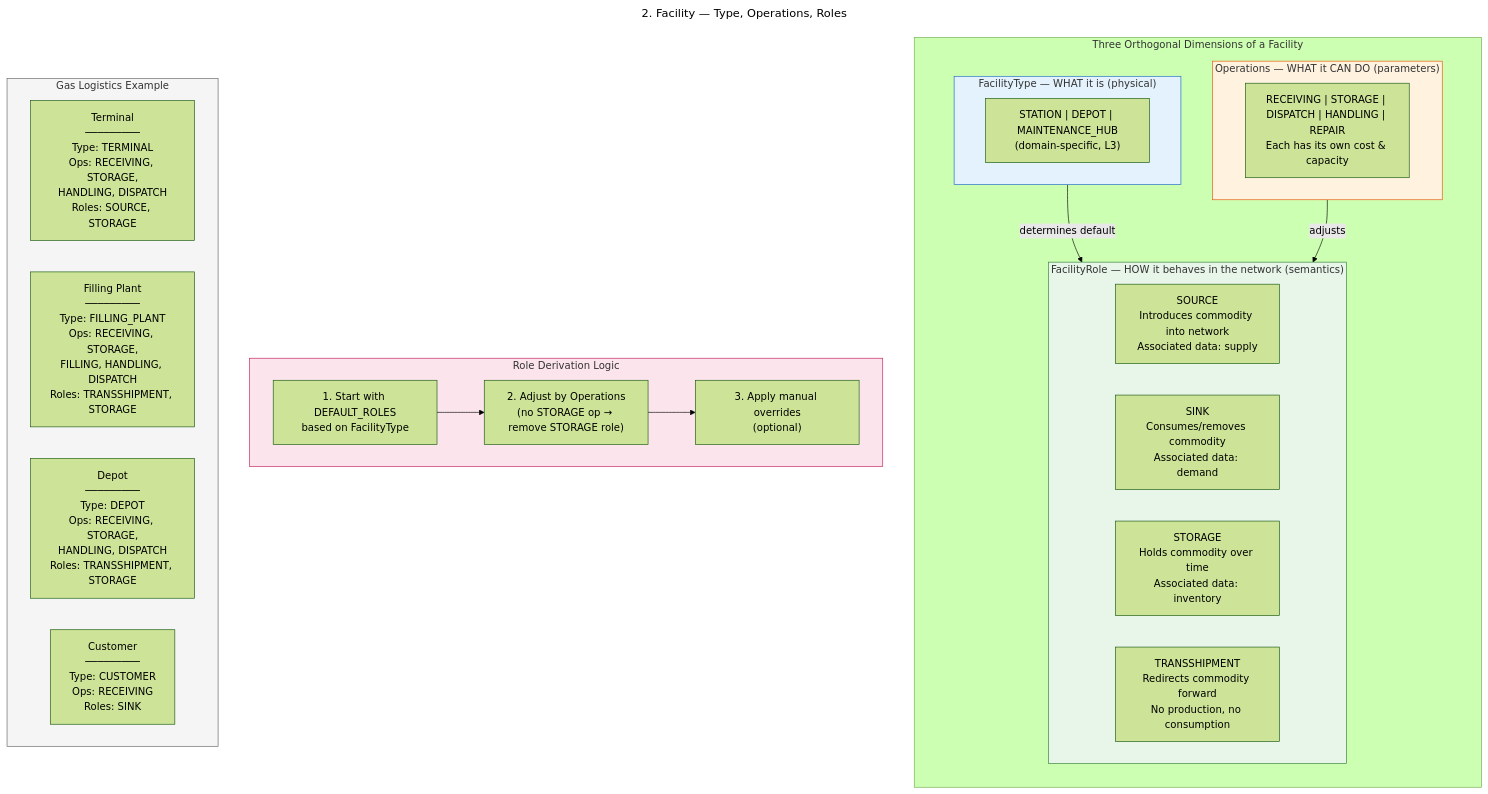
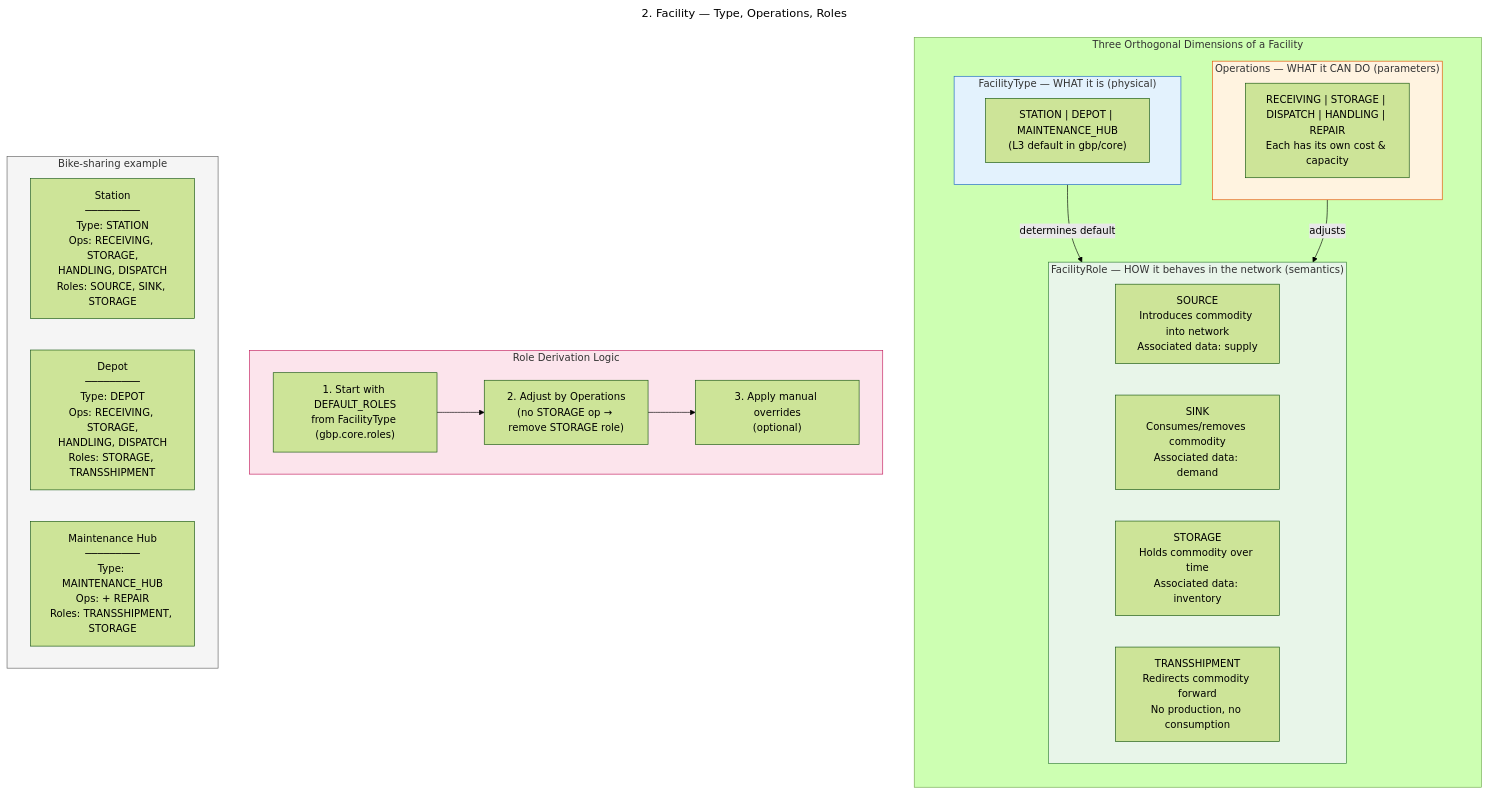
The diagram in docs/diagrams/02_facility_roles.mermaid (vlzm/GFDRR), drawn with Mermaid (forest theme) before and after one commit. The commit also changed 8 other files, not shown here.

First line of the commit message:
feat(docs): update architecture and data model documentation for bike-sharing

```diff
--- a/docs/diagrams/02_facility_roles.mermaid
+++ b/docs/diagrams/02_facility_roles.mermaid
@@ -1,53 +1,52 @@
 ---
 title: "2. Facility — Type, Operations, Roles"
 ---
 
 flowchart TB
     subgraph ThreeLayers["Three Orthogonal Dimensions of a Facility"]
         direction TB
 
         subgraph FType["FacilityType — WHAT it is (physical)"]
-            FT["STATION | DEPOT | MAINTENANCE_HUB<br/>(domain-specific, L3)"]
+            FT["STATION | DEPOT | MAINTENANCE_HUB<br/>(L3 default in gbp/core)"]
         end
 
         subgraph FOps["Operations — WHAT it CAN DO (parameters)"]
             OP["RECEIVING | STORAGE | DISPATCH | HANDLING | REPAIR<br/>Each has its own cost & capacity"]
         end
 
         subgraph FRoles["FacilityRole — HOW it behaves in the network (semantics)"]
             SOURCE["SOURCE<br/>Introduces commodity into network<br/>Associated data: supply"]
             SINK["SINK<br/>Consumes/removes commodity<br/>Associated data: demand"]
             STORAGE["STORAGE<br/>Holds commodity over time<br/>Associated data: inventory"]
             TRANSSHIPMENT["TRANSSHIPMENT<br/>Redirects commodity forward<br/>No production, no consumption"]
         end
     end
 
     subgraph Derivation["Role Derivation Logic"]
-        D1["1. Start with DEFAULT_ROLES<br/>based on FacilityType"]
+        D1["1. Start with DEFAULT_ROLES<br/>from FacilityType (gbp.core.roles)"]
         D2["2. Adjust by Operations<br/>(no STORAGE op → remove STORAGE role)"]
         D3["3. Apply manual overrides<br/>(optional)"]
         D1 --> D2 --> D3
     end
 
-    subgraph Example["Gas Logistics Example"]
+    subgraph Example["Bike-sharing example"]
         direction LR
-        Terminal["Terminal<br/>─────────<br/>Type: TERMINAL<br/>Ops: RECEIVING, STORAGE,<br/>HANDLING, DISPATCH<br/>Roles: SOURCE, STORAGE"]
-        FillingPlant["Filling Plant<br/>─────────<br/>Type: FILLING_PLANT<br/>Ops: RECEIVING, STORAGE,<br/>FILLING, HANDLING, DISPATCH<br/>Roles: TRANSSHIPMENT, STORAGE"]
-        Depot["Depot<br/>─────────<br/>Type: DEPOT<br/>Ops: RECEIVING, STORAGE,<br/>HANDLING, DISPATCH<br/>Roles: TRANSSHIPMENT, STORAGE"]
-        Customer["Customer<br/>─────────<br/>Type: CUSTOMER<br/>Ops: RECEIVING<br/>Roles: SINK"]
+        Station["Station<br/>─────────<br/>Type: STATION<br/>Ops: RECEIVING, STORAGE,<br/>HANDLING, DISPATCH<br/>Roles: SOURCE, SINK, STORAGE"]
+        Depot["Depot<br/>─────────<br/>Type: DEPOT<br/>Ops: RECEIVING, STORAGE,<br/>HANDLING, DISPATCH<br/>Roles: STORAGE, TRANSSHIPMENT"]
+        Maint["Maintenance Hub<br/>─────────<br/>Type: MAINTENANCE_HUB<br/>Ops: + REPAIR<br/>Roles: TRANSSHIPMENT, STORAGE"]
     end
 
     FType -->|"determines default"| FRoles
     FOps -->|"adjusts"| FRoles
 
     classDef typeBox fill:#e3f2fd,stroke:#1565c0
     classDef opsBox fill:#fff3e0,stroke:#e65100
     classDef roleBox fill:#e8f5e9,stroke:#2e7d32
     classDef derivation fill:#fce4ec,stroke:#c2185b
     classDef example fill:#f5f5f5,stroke:#616161
 
     class FType typeBox
     class FOps opsBox
     class FRoles roleBox
     class Derivation derivation
     class Example example
```
